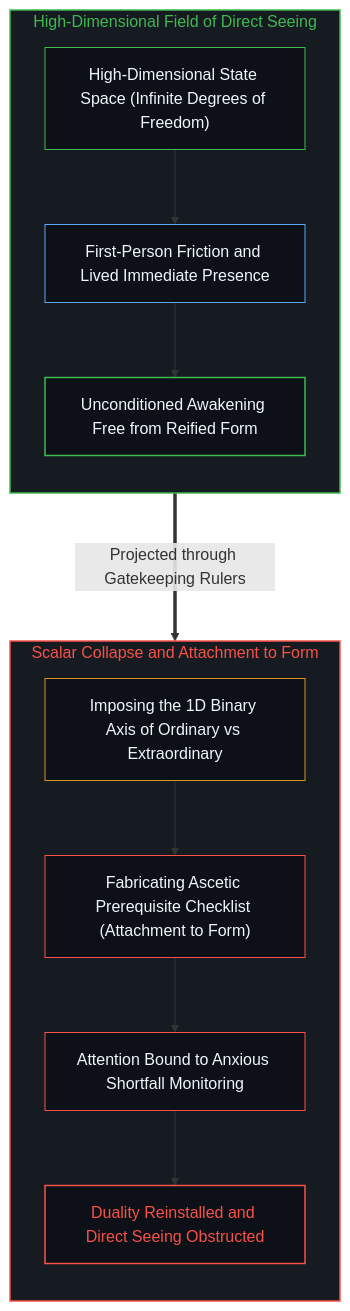
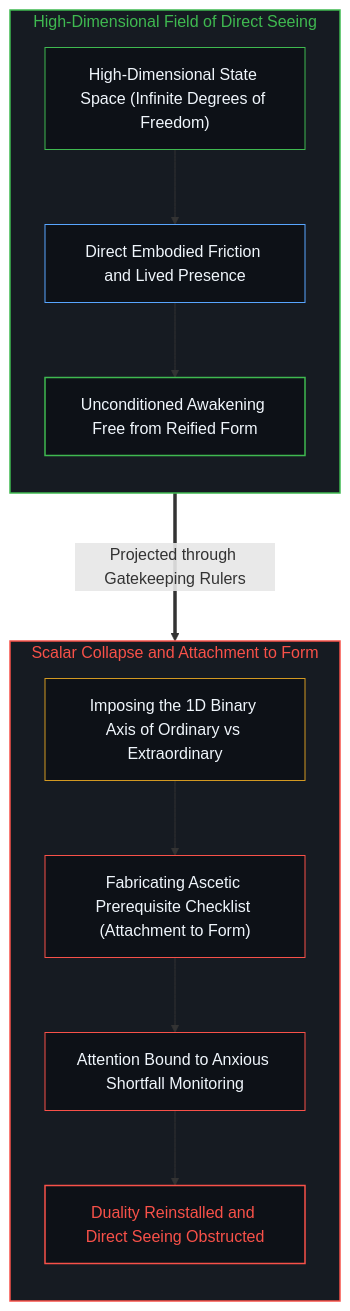
The second of 4 diagrams in content/posts/the-form-of-enlightenment-and-the-inversion-of-gates.md (powerpig99/not-a-toe), drawn with Mermaid before and after one commit. The commit also changed other lines of this file and 3 other files, not shown here.

Commit message:
Refine Post #383: 隐身第一人称表述并深化学术币面二重性认识论 / Make first-person stance implicit and deepen the two-sided coin epistemology

````diff
--- a/content/posts/the-form-of-enlightenment-and-the-inversion-of-gates.md
+++ b/content/posts/the-form-of-enlightenment-and-the-inversion-of-gates.md
@@ -47,27 +47,27 @@
 ```mermaid
 graph TD
     subgraph S_DirectSeeing_EN ["High-Dimensional Field of Direct Seeing"]
         direction TB
-        DSE_Infinite["High-Dimensional State Space (Infinite Degrees of Freedom)"] --> DSE_Present["First-Person Friction and Lived Immediate Presence"]
+        DSE_Infinite["High-Dimensional State Space (Infinite Degrees of Freedom)"] --> DSE_Present["Direct Embodied Friction and Lived Presence"]
         DSE_Present --> DSE_Unbound["Unconditioned Awakening Free from Reified Form"]
     end
 
     subgraph S_FormCollapse_EN ["Scalar Collapse and Attachment to Form"]
         direction TB
         FCE_Filter["Imposing the 1D Binary Axis of Ordinary vs Extraordinary"] --> FCE_Checklist["Fabricating Ascetic Prerequisite Checklist (Attachment to Form)"]
         FCE_Checklist --> FCE_Monitoring["Attention Bound to Anxious Shortfall Monitoring"]
         FCE_Monitoring --> FCE_Lock["Duality Reinstalled and Direct Seeing Obstructed"]
     end
 
     DSE_Infinite ===>|"Projected through Gatekeeping Rulers"| FCE_Filter
 
     style S_DirectSeeing_EN fill:#161b22,stroke:#3fb950,stroke-width:1.5px,color:#3fb950
     style S_FormCollapse_EN fill:#161b22,stroke:#f85149,stroke-width:1.5px,color:#f85149
     style DSE_Infinite fill:#0d1117,stroke:#3fb950,stroke-width:1px,color:#f0f6fc
     style DSE_Present fill:#0d1117,stroke:#58a6ff,stroke-width:1px,color:#f0f6fc
     style DSE_Unbound fill:#0d1117,stroke:#3fb950,stroke-width:1.5px,color:#f0f6fc
     style FCE_Filter fill:#0d1117,stroke:#d29922,stroke-width:1px,color:#f0f6fc
     style FCE_Checklist fill:#0d1117,stroke:#f85149,stroke-width:1px,color:#f0f6fc
     style FCE_Monitoring fill:#0d1117,stroke:#f85149,stroke-width:1px,color:#f0f6fc
     style FCE_Lock fill:#0d1117,stroke:#f85149,stroke-width:1.5px,color:#f85149
 ```
````
